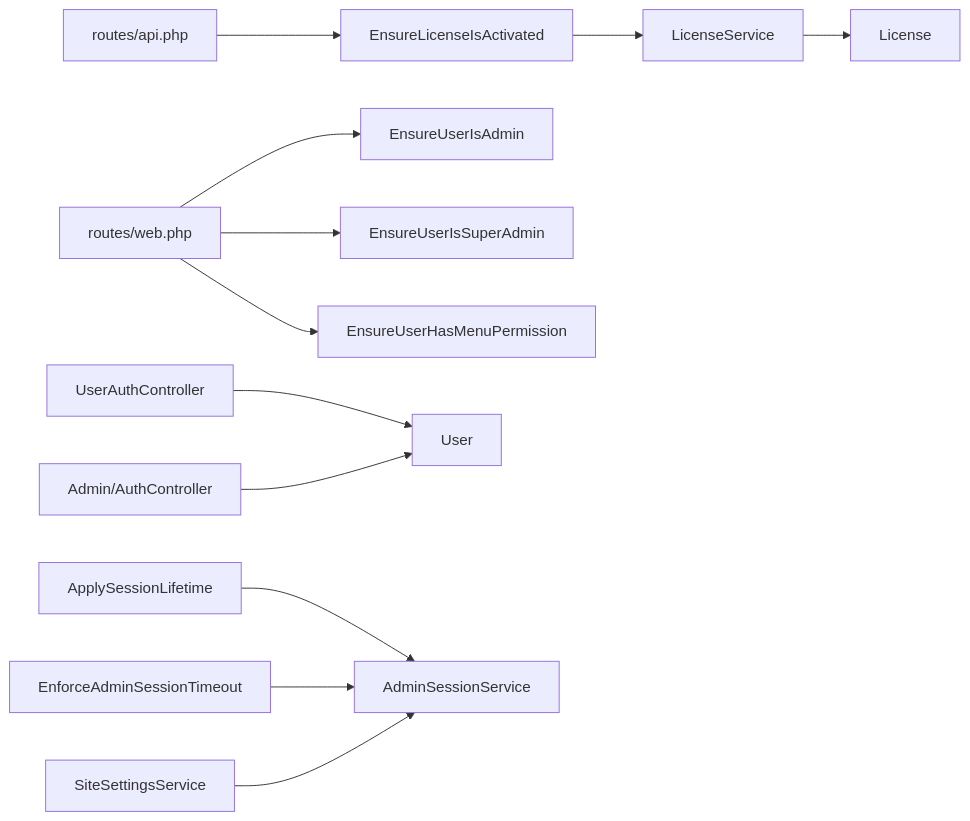
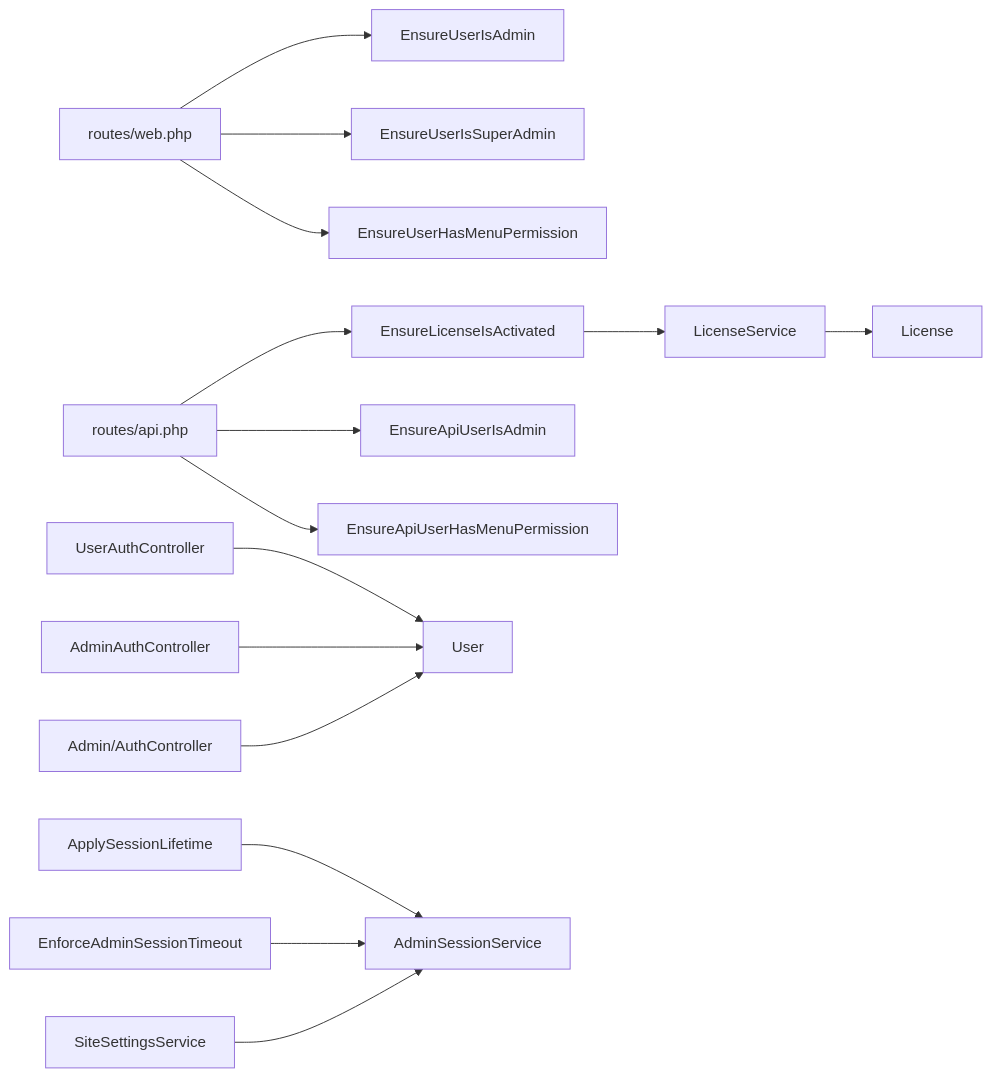
One commit to mahbub095/bus-app changed diagram 13 of 13 in .qoder/repowiki/en/content/Security Implementation/Security Implementation.md. Above: the diagram before and after it, drawn with Mermaid. The commit also changed other lines of this file and 460 other files, not shown here.

````diff
--- a/.qoder/repowiki/en/content/Security Implementation/Security Implementation.md
+++ b/.qoder/repowiki/en/content/Security Implementation/Security Implementation.md
@@ -610,14 +761,17 @@
 ```mermaid
 graph LR
 R_API["routes/api.php"] --> MW_LIC["EnsureLicenseIsActivated"]
 R_WEB["routes/web.php"] --> MW_ADMIN["EnsureUserIsAdmin"]
 R_WEB --> MW_SUPER["EnsureUserIsSuperAdmin"]
 R_WEB --> MW_MENU["EnsureUserHasMenuPermission"]
+R_API --> MW_API_ADMIN["EnsureApiUserIsAdmin"]
+R_API --> MW_API_MENU["EnsureApiUserHasMenuPermission"]
 MW_LIC --> SVC_LIC["LicenseService"]
 SVC_LIC --> MOD_LIC["License"]
 CTRL_AUTH["UserAuthController"] --> MOD_USER["User"]
+CTRL_ADMIN_API["AdminAuthController"] --> MOD_USER
 CTRL_ADMIN["Admin/AuthController"] --> MOD_USER
 MW_SESSION["ApplySessionLifetime"] --> SVC_SESSION["AdminSessionService"]
 MW_TIMEOUT["EnforceAdminSessionTimeout"] --> SVC_SESSION
 SVC_SETTINGS["SiteSettingsService"] --> SVC_SESSION
 ```
````
